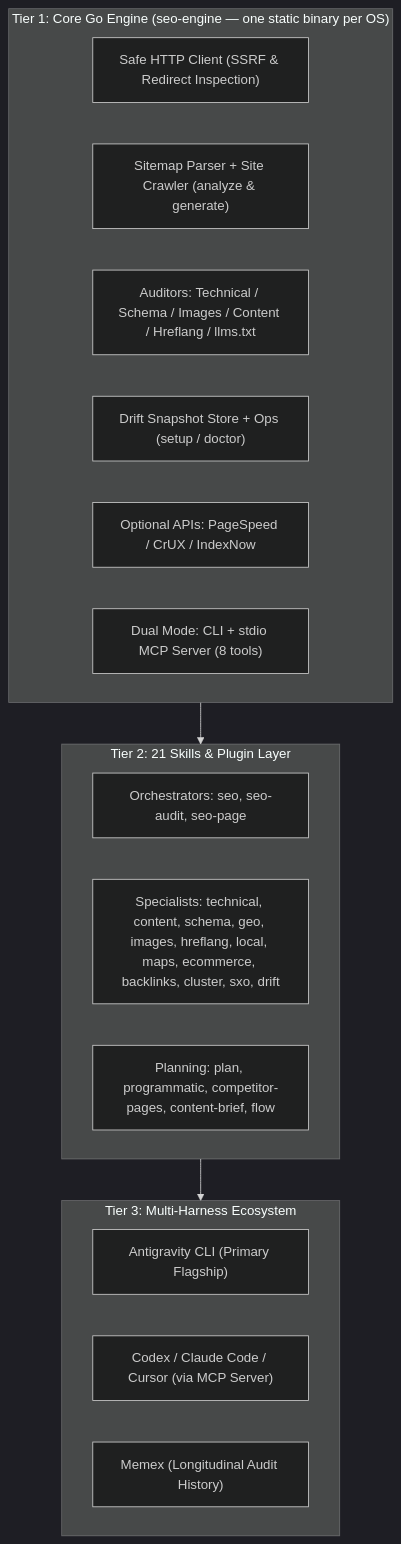
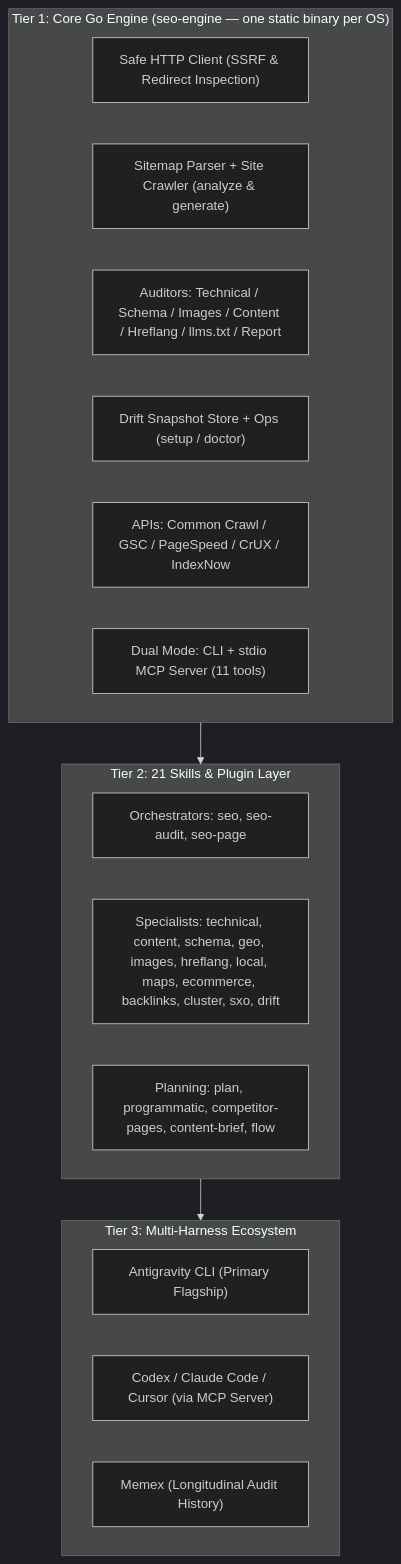
The diagram in README.md (angelotc/antigravity-seo), drawn with Mermaid (dark theme) before and after one commit. The commit also changed other lines of this file, not shown here.

````diff
--- a/README.md
+++ b/README.md
@@ -11,26 +50,26 @@
 ```mermaid
 flowchart TD
     subgraph Engine["Tier 1: Core Go Engine (seo-engine — one static binary per OS)"]
         A["Safe HTTP Client (SSRF & Redirect Inspection)"]
         B["Sitemap Parser + Site Crawler (analyze & generate)"]
-        C["Auditors: Technical / Schema / Images / Content / Hreflang / llms.txt"]
+        C["Auditors: Technical / Schema / Images / Content / Hreflang / llms.txt / Report"]
         D["Drift Snapshot Store + Ops (setup / doctor)"]
-        E["Optional APIs: PageSpeed / CrUX / IndexNow"]
-        F["Dual Mode: CLI + stdio MCP Server (8 tools)"]
+        E["APIs: Common Crawl / GSC / PageSpeed / CrUX / IndexNow"]
+        F["Dual Mode: CLI + stdio MCP Server (11 tools)"]
     end
 
     subgraph Skills["Tier 2: 21 Skills & Plugin Layer"]
         G["Orchestrators: seo, seo-audit, seo-page"]
         H["Specialists: technical, content, schema, geo, images, hreflang, local, maps, ecommerce, backlinks, cluster, sxo, drift"]
         I["Planning: plan, programmatic, competitor-pages, content-brief, flow"]
     end
 
     subgraph MultiAgent["Tier 3: Multi-Harness Ecosystem"]
         K["Antigravity CLI (Primary Flagship)"]
         L["Codex / Claude Code / Cursor (via MCP Server)"]
         M["Memex (Longitudinal Audit History)"]
     end
 
     Engine --> Skills
     Skills --> MultiAgent
 ```
````
